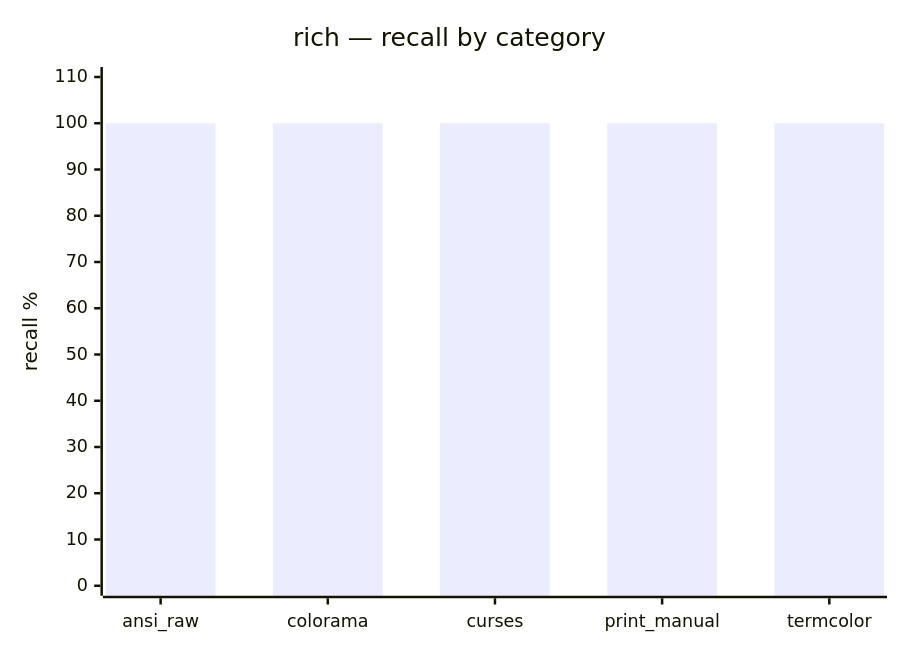
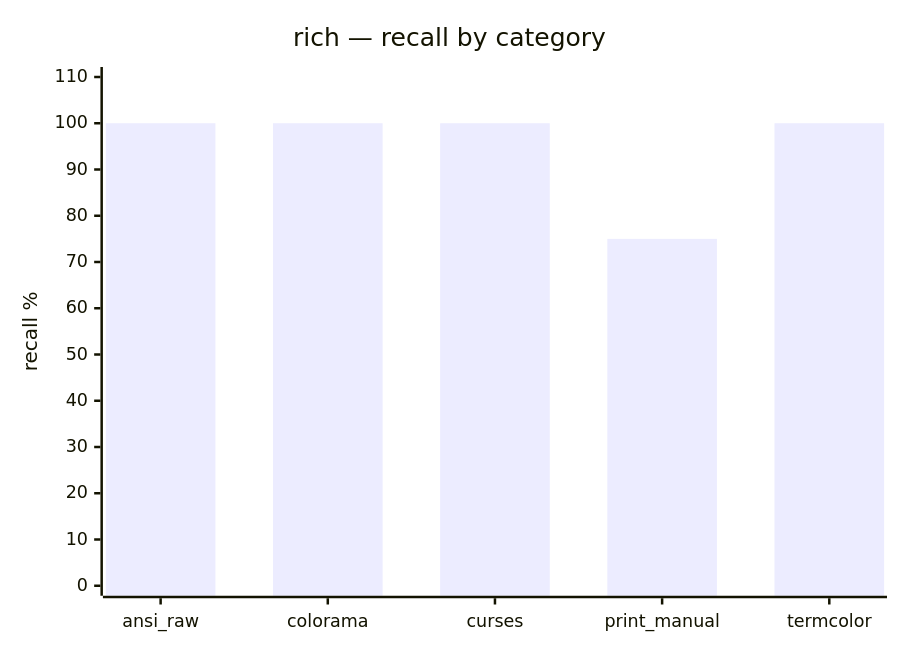
Before and after one commit to get-tmonier/argot: the second of 6 diagrams in benchmarks/results/baseline/latest/report.md, drawn with Mermaid. The commit also changed other lines of this file and 22 other files, not shown here.

````diff
--- a/benchmarks/results/baseline/latest/report.md
+++ b/benchmarks/results/baseline/latest/report.md
@@ -166,7 +166,7 @@
 ```mermaid
 xychart-beta
     title "rich — recall by category"
     x-axis ["ansi_raw", "colorama", "curses", "print_manual", "termcolor"]
     y-axis "recall %" 0 --> 110
-    bar [100.0, 100.0, 100.0, 100.0, 100.0]
+    bar [100.0, 100.0, 100.0, 75.0, 100.0]
 ```
````
